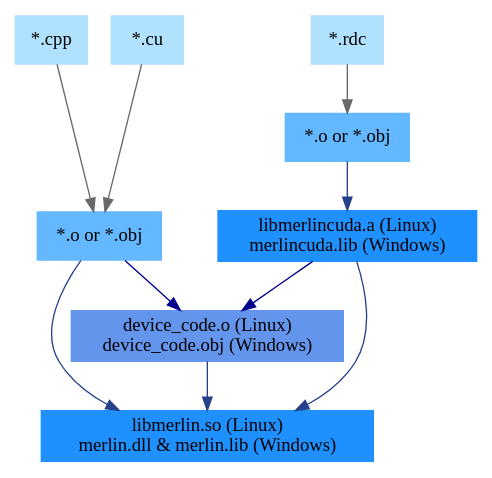
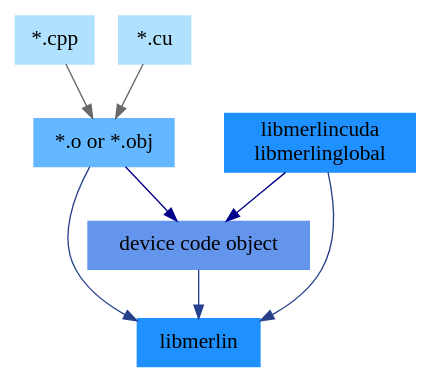
Before and after one commit to quocdang1998/merlin: the diagram in docs/source/_img/dynamic_comp.dot, drawn with Graphviz. The commit also changed 69 other files, not shown here.

```diff
--- a/docs/source/_img/dynamic_comp.dot
+++ b/docs/source/_img/dynamic_comp.dot
@@ -1,32 +1,27 @@
-digraph StaticCompilation {
-    node [fontname="Fira Code SemiBold", shape=record, style=filled, labelloc=c]
+digraph DynamicCompilation {
+    node [fontname="Fira Code SemiBold", fontsize="16", shape=record, style=filled, labelloc=c]
 
     subgraph SourceFiles {
         node [color=lightskyblue1, label="*.cpp"] cpp;
         node [color=lightskyblue1, label="*.cu"] cu;
-        node [color=lightskyblue1, label="*.rdc"] rdc;
-        {rank = same; cpp; cu; rdc;}
+        {rank = same; cpp; cu;}
     }
-
-    node [color=steelblue1, label="*.o or *.obj"] rdc_obj;
 
     subgraph Object {
         node [color=steelblue1, label="*.o or *.obj"] obj;
-        node [color=dodgerblue, label="libmerlincuda.a (Linux)\nmerlincuda.lib (Windows)"] libmerlincuda;
-        node [color=cornflowerblue	, label="device_code.o (Linux)\ndevice_code.obj (Windows)"] device_code;
+        node [color=dodgerblue, label="libmerlincuda\nlibmerlinglobal"] libmerlincudaglobal;
+        node [color=cornflowerblue	, label="device code object"] device_code;
     }
 
     subgraph Lib {
-        node [color=dodgerblue, label="libmerlin.so (Linux)\n merlin.dll & merlin.lib (Windows)"] libmerlin;
+        node [color=dodgerblue, label="libmerlin"] libmerlin;
     }
 
-    rdc -> rdc_obj [color=dimgrey];
-    rdc_obj -> libmerlincuda [color=royalblue4];
     cpp -> obj [color=dimgrey];
     cu -> obj [color=dimgrey];
     obj -> device_code [color=darkblue];
-    libmerlincuda -> device_code [color=darkblue];
+    libmerlincudaglobal -> device_code [color=darkblue];
     obj -> libmerlin [color=royalblue4];
-    libmerlincuda -> libmerlin [color=royalblue4];
+    libmerlincudaglobal -> libmerlin [color=royalblue4];
     device_code -> libmerlin [color=royalblue4];
 }
```
